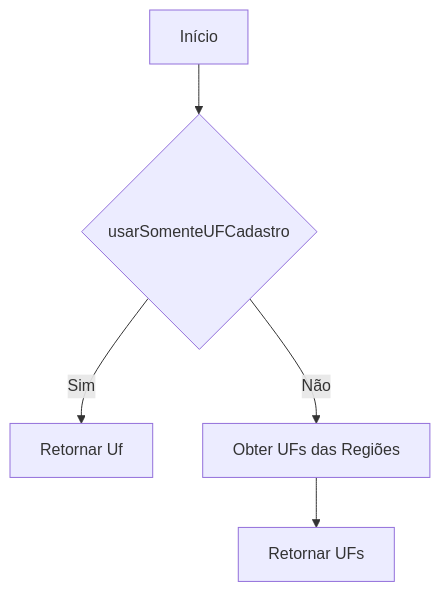
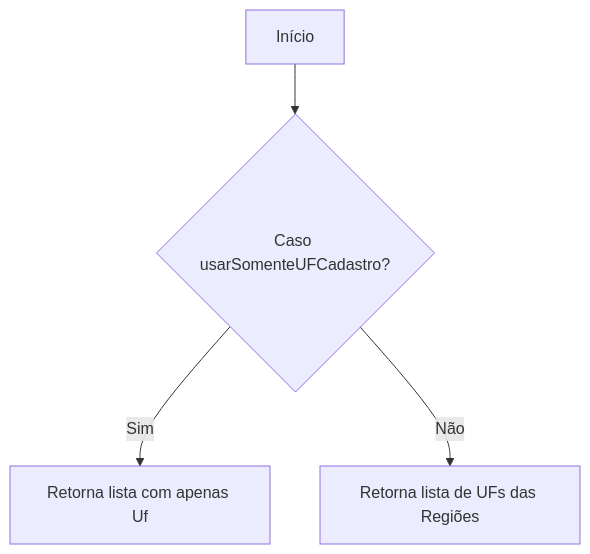
Before and after one commit to IsthmusSistemas/documentacao-tecnica: the first of 2 diagrams in docs/b2b-dominio/IsthmusWinthor.Nucleo/IsthmusWinthor.Dominio/POCO/ClienteLogado.md, drawn with Mermaid. The commit also changed other lines of this file and 882 other files, not shown here.

````diff
--- a/docs/b2b-dominio/IsthmusWinthor.Nucleo/IsthmusWinthor.Dominio/POCO/ClienteLogado.md
+++ b/docs/b2b-dominio/IsthmusWinthor.Nucleo/IsthmusWinthor.Dominio/POCO/ClienteLogado.md
@@ -20,7 +39,6 @@
 ```mermaid
 flowchart TD
-    A[Início] --> B{usarSomenteUFCadastro}
-    B -- Sim --> C[Retornar Uf]
-    B -- Não --> D[Obter UFs das Regiões]
-    D --> E[Retornar UFs]
+    A[Início] --> B{Caso usarSomenteUFCadastro?}
+    B -->|Sim| C[Retorna lista com apenas Uf]
+    B -->|Não| D[Retorna lista de UFs das Regiões]
 ```
````
